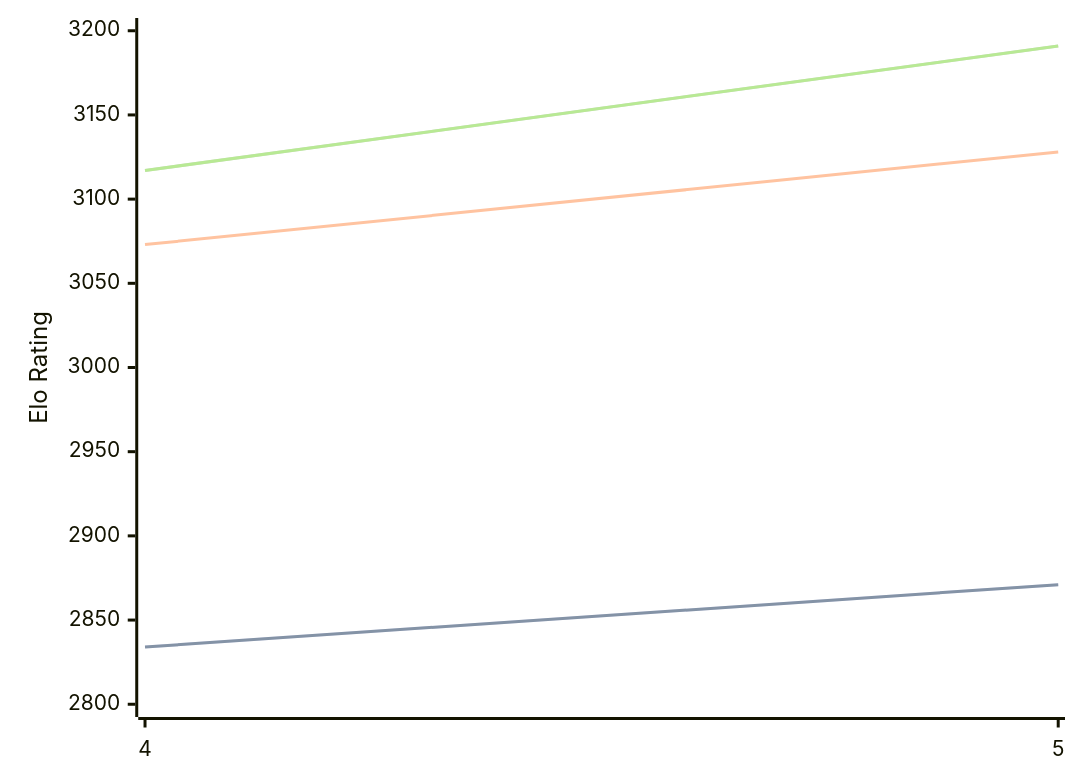
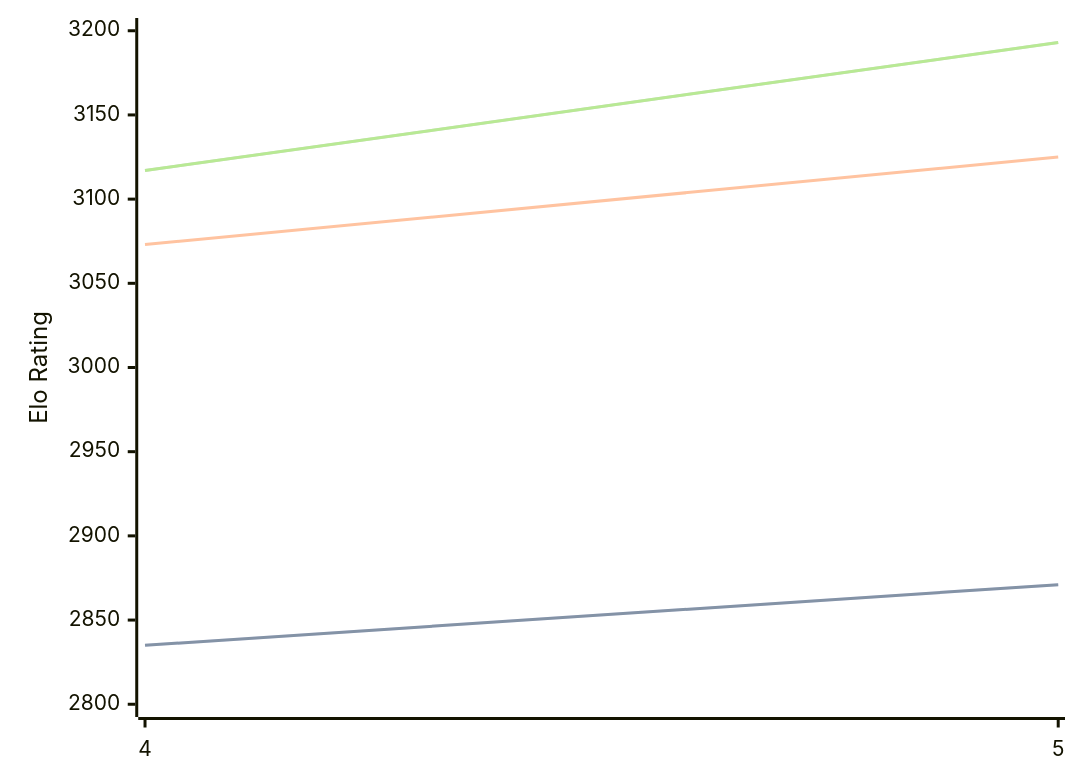
Before and after one commit to computer-chess-index/cci: the first of 3 diagrams in engines/Cwtch.md, drawn with Mermaid. The commit also changed other lines of this file, not shown here.

Commit message:
Update CCI Ratings (ELO VLTC) - 2026-06-18

````diff
--- a/engines/Cwtch.md
+++ b/engines/Cwtch.md
@@ -34,11 +34,11 @@
 ```mermaid
 %%{init: {"theme":"base","themeVariables":{"seriesColors:['#a3a3a3','#222221','#faa371']}}}%%
 xychart-beta
   x-axis ["4", "5"]
   y-axis "Elo Rating" 2800 --> 3200
-  line "STC (8.0+0.08s)" [2834, 2871]
-  line "STC (8.0+0.08s)" [2834, 2871]
-  line "LTC (60.0+0.60s)" [3073, 3128]
-  line "VLTC (2m24s+1.12s)" [3117, 3191]
-  line "VLTC (2m24s+1.12s)" [3117, 3191]
+  line "STC (8.0+0.08s)" [2835, 2871]
+  line "STC (8.0+0.08s)" [2835, 2871]
+  line "LTC (60.0+0.60s)" [3073, 3125]
+  line "VLTC (2m24s+1.12s)" [3117, 3193]
+  line "VLTC (2m24s+1.12s)" [3117, 3193]
 ```
````
